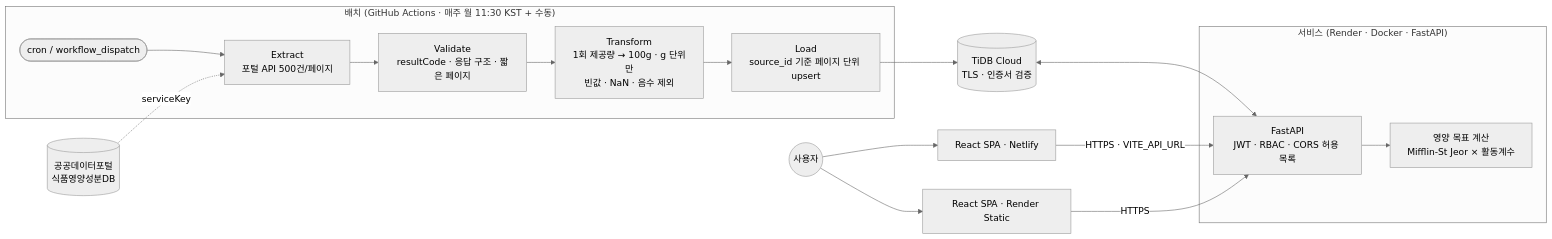
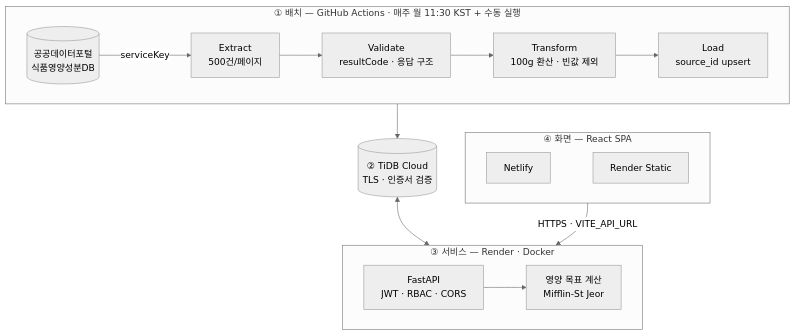
Before and after one commit to fsclass-n/carepick: the diagram in readme.md, drawn with Mermaid (neutral theme). The commit also changed other lines of this file, not shown here.

Commit message:
Make the README architecture diagram readable and simplify the first challenge

````diff
--- a/readme.md
+++ b/readme.md
@@ -58,21 +58,21 @@
 ```mermaid
-flowchart LR
-    subgraph Batch["배치 (GitHub Actions · 매주 월 11:30 KST + 수동)"]
-        S([cron / workflow_dispatch]) --> E[Extract<br/>포털 API 500건/페이지]
-        E --> V[Validate<br/>resultCode · 응답 구조 · 짧은 페이지]
-        V --> T[Transform<br/>1회 제공량 → 100g · g 단위만<br/>빈값 · NaN · 음수 제외]
-        T --> L[Load<br/>source_id 기준 페이지 단위 upsert]
+flowchart TB
+    subgraph Batch["① 배치 — GitHub Actions · 매주 월 11:30 KST + 수동 실행"]
+        direction LR
+        P[(공공데이터포털<br/>식품영양성분DB)] -- serviceKey --> E[Extract<br/>500건/페이지]
+        E --> V[Validate<br/>resultCode · 응답 구조]
+        V --> T[Transform<br/>100g 환산 · 빈값 제외]
+        T --> L[Load<br/>source_id upsert]
     end
-    P[(공공데이터포털<br/>식품영양성분DB)] -. serviceKey .-> E
-    L --> DB[(TiDB Cloud<br/>TLS · 인증서 검증)]
-
-    subgraph Service["서비스 (Render · Docker · FastAPI)"]
-        API[FastAPI<br/>JWT · RBAC · CORS 허용 목록]
-        N[영양 목표 계산<br/>Mifflin-St Jeor × 활동계수]
+    L --> DB[(② TiDB Cloud<br/>TLS · 인증서 검증)]
+    subgraph Service["③ 서비스 — Render · Docker"]
+        direction LR
+        API[FastAPI<br/>JWT · RBAC · CORS] --> N[영양 목표 계산<br/>Mifflin-St Jeor]
     end
     DB <--> API
-    API --> N
-    FE1[React SPA · Netlify] -->|HTTPS · VITE_API_URL| API
-    FE2[React SPA · Render Static] -->|HTTPS| API
-    U((사용자)) --> FE1 & FE2
+    subgraph Client["④ 화면 — React SPA"]
+        direction LR
+        FE1[Netlify] ~~~ FE2[Render Static]
+    end
+    Client -- HTTPS · VITE_API_URL --> API
 ```
````
